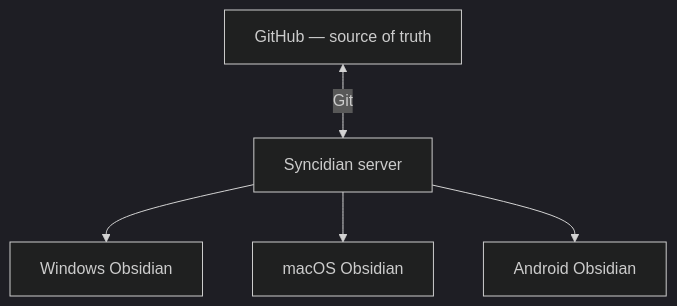
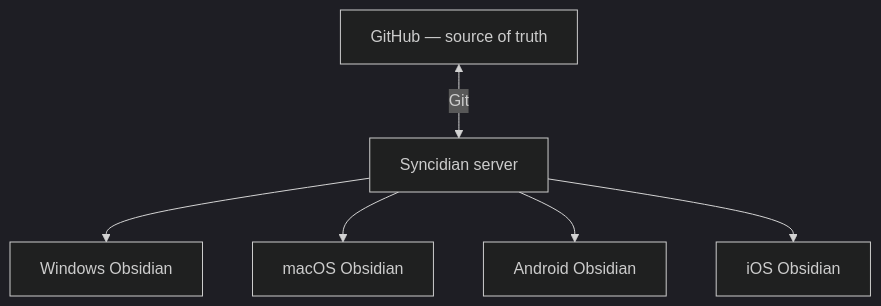
Before and after one commit to shangeethsivan/Syncidian: the fifth of 7 diagrams in README.md, drawn with Mermaid (dark theme). The commit also changed other lines of this file and 2 other files, not shown here.

First line of the commit message:
Update architecture diagrams for mobile plugin transport

````diff
--- a/README.md
+++ b/README.md
@@ -580,9 +580,10 @@
 ```mermaid
 flowchart TB
   GH["GitHub — source of truth"]
   Srv["Syncidian server"]
   GH <-->|"Git"| Srv
   Srv --> Win["Windows Obsidian"]
   Srv --> Mac["macOS Obsidian"]
   Srv --> And["Android Obsidian"]
+  Srv --> iOS["iOS Obsidian"]
 ```
````
